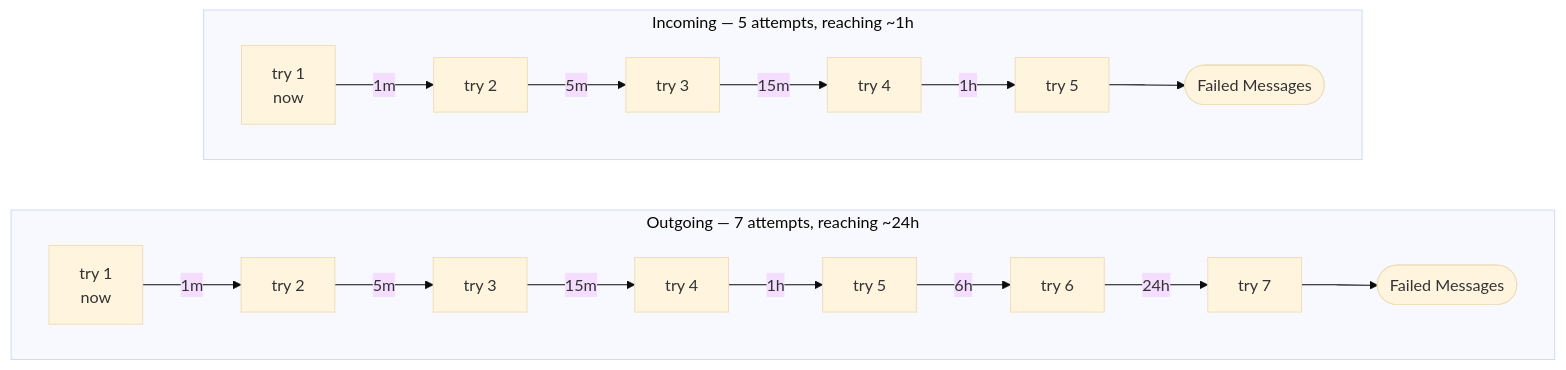
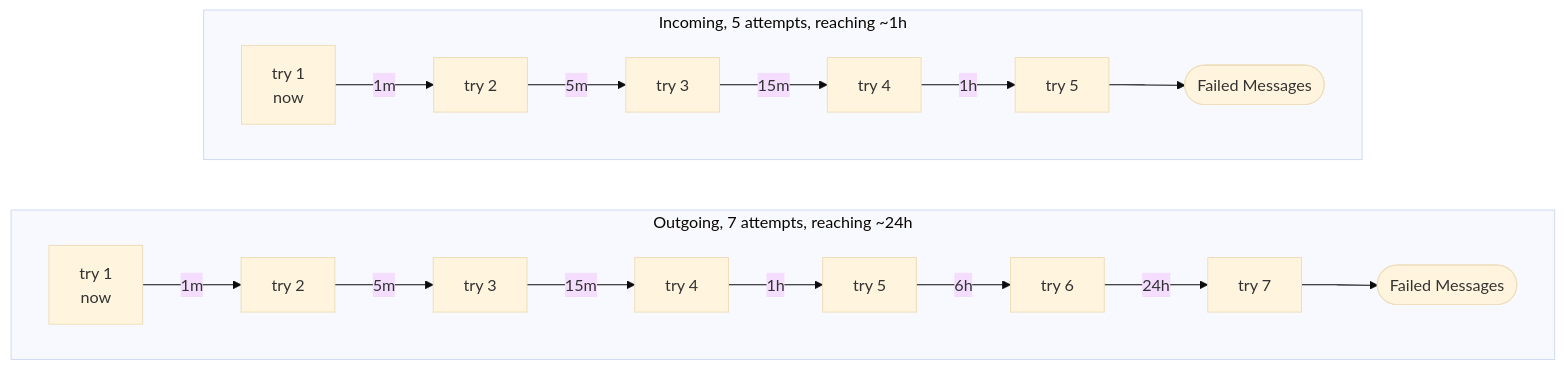
One commit to vadymkykalo/railhook changed the ninth of 14 diagrams in docs/ARCHITECTURE.md. Above: the diagram before and after it, drawn with Mermaid (base theme). The commit also changed other lines of this file and 1 other file, not shown here.

Commit message:
docs: halve the prose in ARCHITECTURE and OPERATIONS, keep diagrams and procedures

````diff
--- a/docs/ARCHITECTURE.md
+++ b/docs/ARCHITECTURE.md
@@ -453,11 +392,11 @@
 ```mermaid
 flowchart LR
-    subgraph O["Outgoing — 7 attempts, reaching ~24h"]
+    subgraph O["Outgoing, 7 attempts, reaching ~24h"]
         direction LR
         O1["try 1<br/>now"] -->|"1m"| O2["try 2"] -->|"5m"| O3["try 3"] -->|"15m"| O4["try 4"] -->|"1h"| O5["try 5"] -->|"6h"| O6["try 6"] -->|"24h"| O7["try 7"] --> OD(["Failed Messages"])
     end
-    subgraph I["Incoming — 5 attempts, reaching ~1h"]
+    subgraph I["Incoming, 5 attempts, reaching ~1h"]
         direction LR
         I1["try 1<br/>now"] -->|"1m"| I2["try 2"] -->|"5m"| I3["try 3"] -->|"15m"| I4["try 4"] -->|"1h"| I5["try 5"] --> ID(["Failed Messages"])
     end
 ```
````
